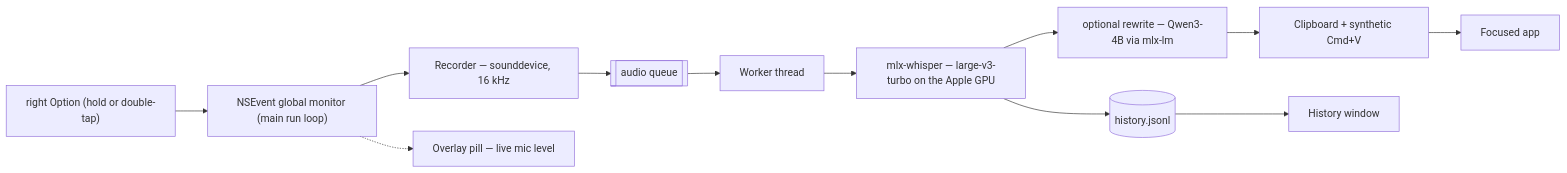
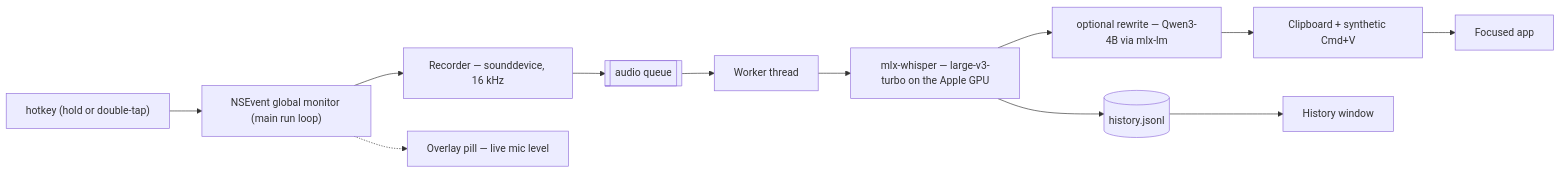
One commit to utsavanand/sotto changed the diagram in README.md. Above: the diagram before and after it, drawn with Mermaid. The commit also changed other lines of this file and 3 other files, not shown here.

````diff
--- a/README.md
+++ b/README.md
@@ -156,14 +156,14 @@
 ```mermaid
 flowchart LR
-    K["right Option (hold or double-tap)"] --> M["NSEvent global monitor (main run loop)"]
+    K["hotkey (hold or double-tap)"] --> M["NSEvent global monitor (main run loop)"]
     M --> R["Recorder — sounddevice, 16 kHz"]
     M -.-> O["Overlay pill — live mic level"]
     R --> Q[["audio queue"]]
     Q --> W["Worker thread"]
     W --> T["mlx-whisper — large-v3-turbo on the Apple GPU"]
     T --> RW["optional rewrite — Qwen3-4B via mlx-lm"]
     RW --> P["Clipboard + synthetic Cmd+V"]
     P --> A["Focused app"]
     T --> H[("history.jsonl")]
     H --> V["History window"]
 ```
````
